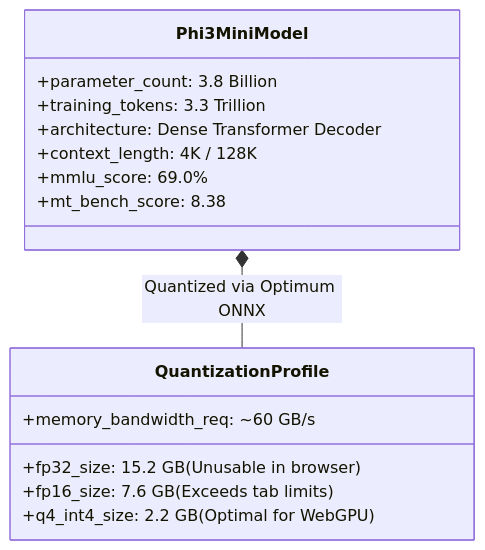
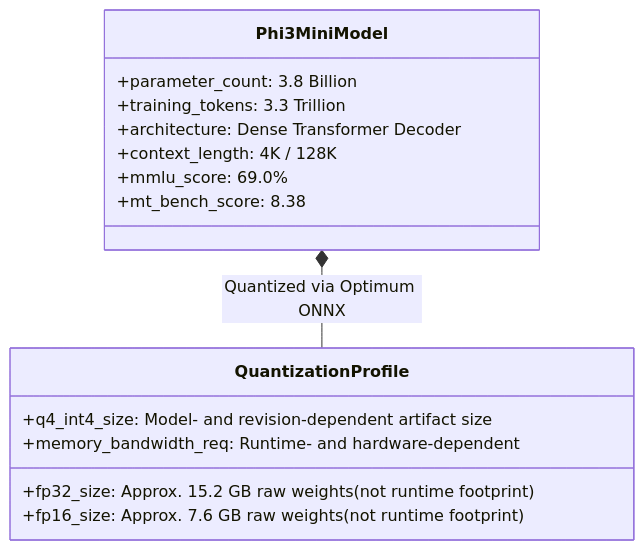
One commit to akillness/akillness.github.io changed the second of 4 diagrams in _posts/2024/05/2024-05-08-phi3-webgpu.md. Above: the diagram before and after it, drawn with Mermaid. The commit also changed other lines of this file, not shown here.

````diff
--- a/_posts/2024/05/2024-05-08-phi3-webgpu.md
+++ b/_posts/2024/05/2024-05-08-phi3-webgpu.md
@@ -42,18 +51,18 @@
 ```mermaid
 classDiagram
     class Phi3MiniModel {
         +parameter_count: 3.8 Billion
         +training_tokens: 3.3 Trillion
         +architecture: Dense Transformer Decoder
         +context_length: 4K / 128K
         +mmlu_score: 69.0%
         +mt_bench_score: 8.38
     }
     class QuantizationProfile {
-        +fp32_size: 15.2 GB (Unusable in browser)
-        +fp16_size: 7.6 GB (Exceeds tab limits)
-        +q4_int4_size: 2.2 GB (Optimal for WebGPU)
-        +memory_bandwidth_req: ~60 GB/s
+        +fp32_size: Approx. 15.2 GB raw weights (not runtime footprint)
+        +fp16_size: Approx. 7.6 GB raw weights (not runtime footprint)
+        +q4_int4_size: Model- and revision-dependent artifact size
+        +memory_bandwidth_req: Runtime- and hardware-dependent
     }
     Phi3MiniModel *-- QuantizationProfile : Quantized via Optimum ONNX
 ```
````
